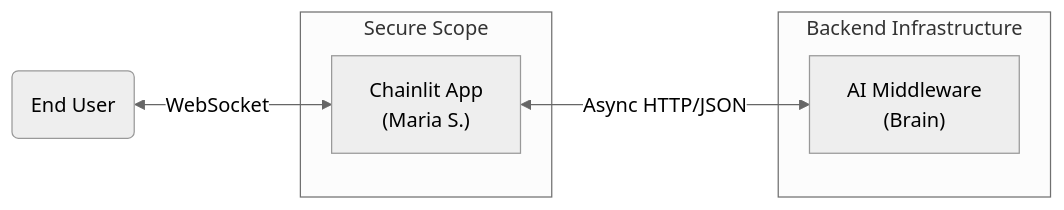
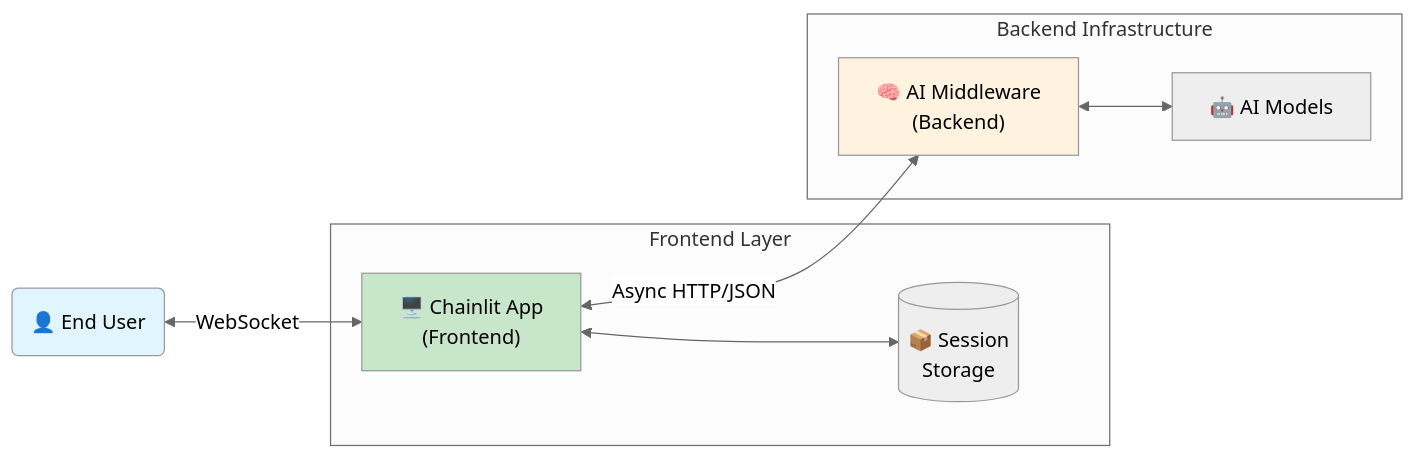
Before and after one commit to hitthecodelabs/EnterpriseAIChat-Chainlit: the first of 6 diagrams in README.md, drawn with Mermaid (neutral theme). The commit also changed other lines of this file, not shown here.

First line of the commit message:
Revise architecture and message flow diagrams

````diff
--- a/README.md
+++ b/README.md
@@ -26,13 +27,21 @@
 ```mermaid
 graph LR
-    User("End User") <-->|WebSocket| CL["Chainlit App<br/>(Maria S.)"]
-    CL <-->|Async HTTP/JSON| MW["AI Middleware<br/>(Brain)"]
+    User("👤 End User") <-->|WebSocket| CL["🖥️ Chainlit App<br/>(Frontend)"]
+    CL <-->|Async HTTP/JSON| MW["🧠 AI Middleware<br/>(Backend)"]
 
-    subgraph "Secure Scope"
-    CL
+    subgraph "Frontend Layer"
+        CL
+        SS[("📦 Session<br/>Storage")]
+        CL <--> SS
     end
 
     subgraph "Backend Infrastructure"
-    MW
+        MW
+        AI["🤖 AI Models"]
+        MW <--> AI
     end
+
+    style User fill:#e1f5fe
+    style CL fill:#c8e6c9
+    style MW fill:#fff3e0
 ```
````
